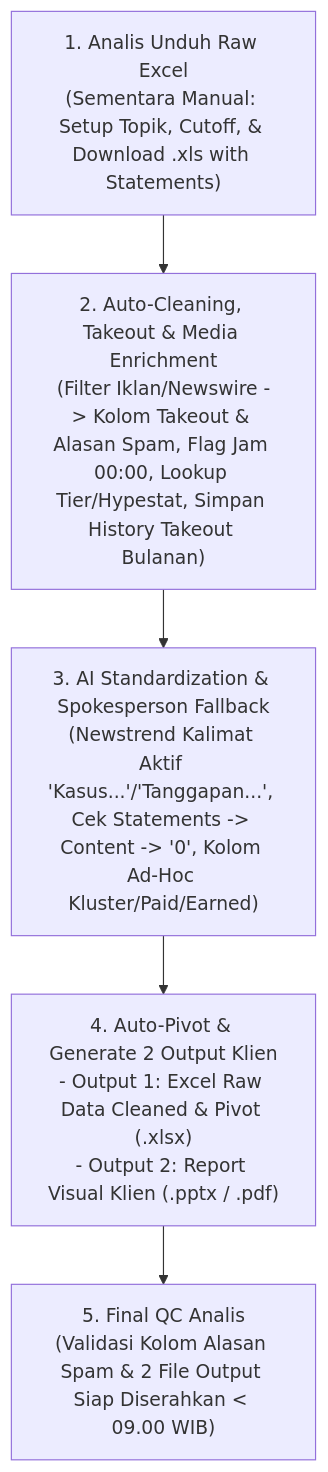
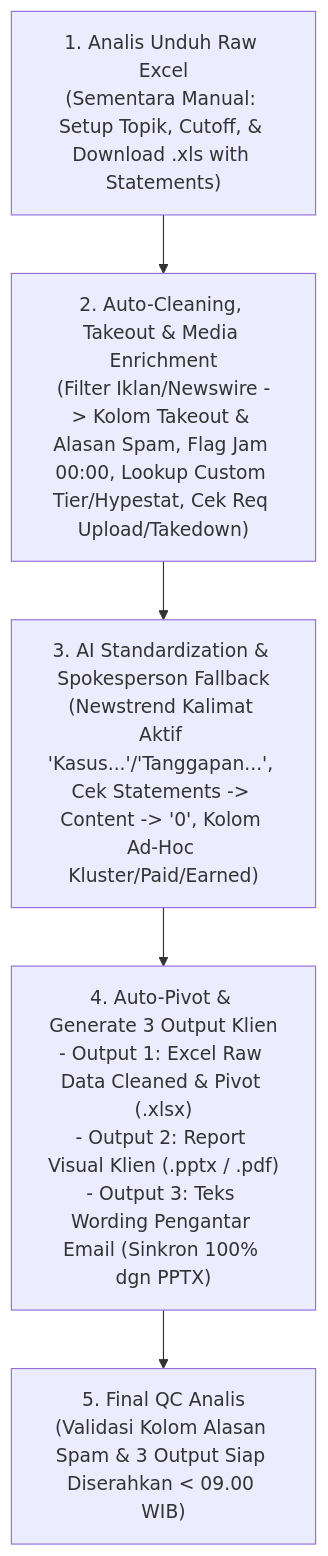
The second of 2 diagrams in docs/phase-1-requirements/BRD.md (Rambu464/automation-report), drawn with Mermaid before and after one commit. The commit also changed other lines of this file and 3 other files, not shown here.

Commit message:
docs: add Triple Deliverables with Wording, custom media tier, and DeepSeek cost basis

````diff
--- a/docs/phase-1-requirements/BRD.md
+++ b/docs/phase-1-requirements/BRD.md
@@ -106,7 +108,7 @@
 ```mermaid
 flowchart TD
-    M1["1. Analis Unduh Raw Excel<br/>(Sementara Manual: Setup Topik, Cutoff, & Download .xls with Statements)"] --> A1["2. Auto-Cleaning, Takeout & Media Enrichment<br/>(Filter Iklan/Newswire -> Kolom Takeout & Alasan Spam, Flag Jam 00:00, Lookup Tier/Hypestat, Simpan History Takeout Bulanan)"]
+    M1["1. Analis Unduh Raw Excel<br/>(Sementara Manual: Setup Topik, Cutoff, & Download .xls with Statements)"] --> A1["2. Auto-Cleaning, Takeout & Media Enrichment<br/>(Filter Iklan/Newswire -> Kolom Takeout & Alasan Spam, Flag Jam 00:00, Lookup Custom Tier/Hypestat, Cek Req Upload/Takedown)"]
     A1 --> A2["3. AI Standardization & Spokesperson Fallback<br/>(Newstrend Kalimat Aktif 'Kasus...'/'Tanggapan...', Cek Statements -> Content -> '0', Kolom Ad-Hoc Kluster/Paid/Earned)"]
-    A2 --> A3["4. Auto-Pivot & Generate 2 Output Klien<br/>- Output 1: Excel Raw Data Cleaned & Pivot (.xlsx)<br/>- Output 2: Report Visual Klien (.pptx / .pdf)"]
-    A3 --> M2["5. Final QC Analis<br/>(Validasi Kolom Alasan Spam & 2 File Output Siap Diserahkan < 09.00 WIB)"]
+    A2 --> A3["4. Auto-Pivot & Generate 3 Output Klien<br/>- Output 1: Excel Raw Data Cleaned & Pivot (.xlsx)<br/>- Output 2: Report Visual Klien (.pptx / .pdf)<br/>- Output 3: Teks Wording Pengantar Email (Sinkron 100% dgn PPTX)"]
+    A3 --> M2["5. Final QC Analis<br/>(Validasi Kolom Alasan Spam & 3 Output Siap Diserahkan < 09.00 WIB)"]
 ```
````
